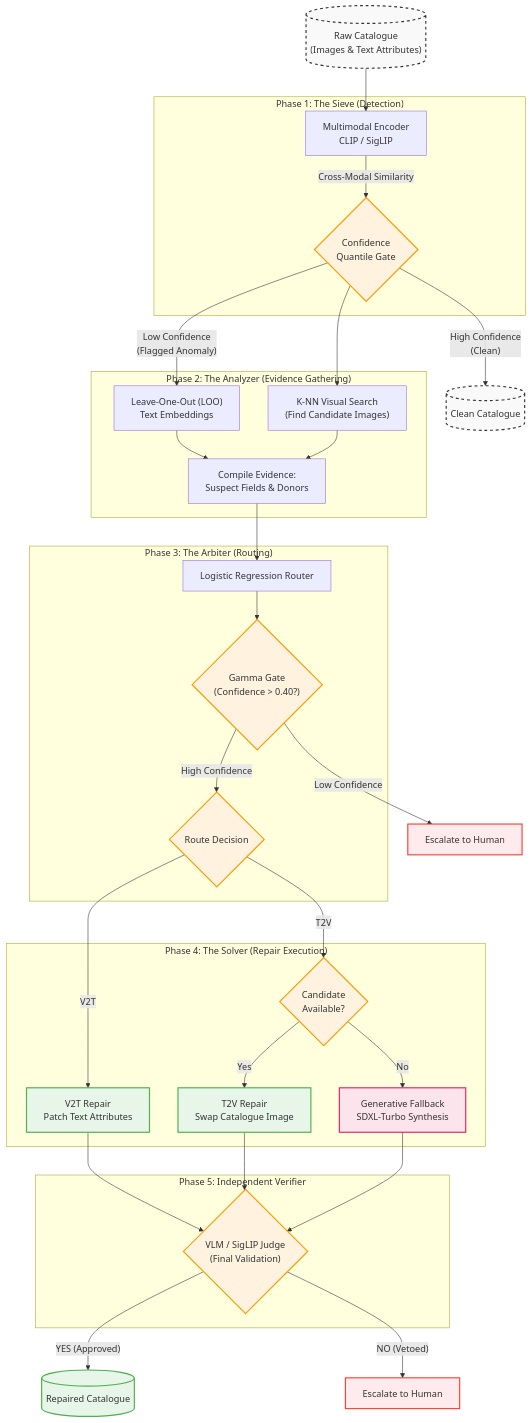
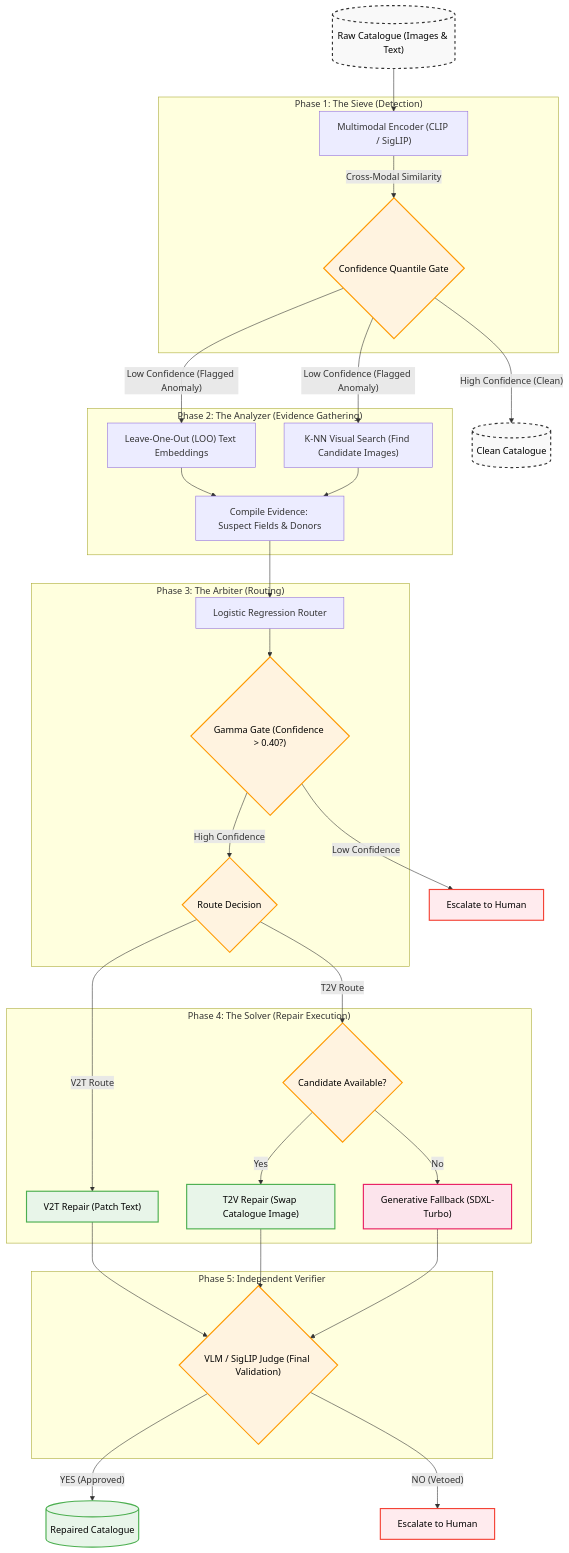
The diagram in README.md (abdullah2142/TIGeR-Text-Image-Generative-Repair), drawn with Mermaid before and after one commit. The commit also changed other lines of this file and 1 other file, not shown here.

Commit message:
Remove outdated references to tests

````diff
--- a/README.md
+++ b/README.md
@@ -21,82 +21,82 @@
 ```mermaid
 flowchart TD
     %% Styling
-    classDef input fill:#f9f9f9,stroke:#333,stroke-width:2px,stroke-dasharray: 5 5
-    classDef phase fill:#e1f5fe,stroke:#03a9f4,stroke-width:2px
-    classDef gate fill:#fff3e0,stroke:#ff9800,stroke-width:2px
-    classDef action fill:#e8f5e9,stroke:#4caf50,stroke-width:2px
-    classDef fallback fill:#fce4ec,stroke:#e91e63,stroke-width:2px
-    classDef human fill:#ffebee,stroke:#f44336,stroke-width:2px
+    classDef input fill:#f9f9f9,stroke:#333,stroke-width:2px,stroke-dasharray: 5 5,color:#000
+    classDef phase fill:#e1f5fe,stroke:#03a9f4,stroke-width:2px,color:#000
+    classDef gate fill:#fff3e0,stroke:#ff9800,stroke-width:2px,color:#000
+    classDef action fill:#e8f5e9,stroke:#4caf50,stroke-width:2px,color:#000
+    classDef fallback fill:#fce4ec,stroke:#e91e63,stroke-width:2px,color:#000
+    classDef human fill:#ffebee,stroke:#f44336,stroke-width:2px,color:#000
 
     %% Main Input
-    RawDB[("Raw Catalogue<br/>(Images & Text Attributes)")]:::input
+    RawDB[("Raw Catalogue (Images & Text)")]:::input
 
     %% Phase 1
     subgraph Phase1 ["Phase 1: The Sieve (Detection)"]
-        Enc["Multimodal Encoder<br/>CLIP / SigLIP"]
-        QGate{"Confidence<br/>Quantile Gate"}:::gate
+        Enc["Multimodal Encoder (CLIP / SigLIP)"]
+        QGate{"Confidence Quantile Gate"}:::gate
     end
 
     %% Phase 2
     subgraph Phase2 ["Phase 2: The Analyzer (Evidence Gathering)"]
-        LOO["Leave-One-Out (LOO)<br/>Text Embeddings"]
-        KNN["K-NN Visual Search<br/>(Find Candidate Images)"]
-        Evid["Compile Evidence:<br/>Suspect Fields & Donors"]
+        LOO["Leave-One-Out (LOO) Text Embeddings"]
+        KNN["K-NN Visual Search (Find Candidate Images)"]
+        Evid["Compile Evidence: Suspect Fields & Donors"]
     end
 
     %% Phase 3
     subgraph Phase3 ["Phase 3: The Arbiter (Routing)"]
         LogReg["Logistic Regression Router"]
-        GammaGate{"Gamma Gate<br/>(Confidence > 0.40?)"}:::gate
+        GammaGate{"Gamma Gate (Confidence > 0.40?)"}:::gate
         RouteSplit{"Route Decision"}:::gate
     end
 
     %% Phase 4
     subgraph Phase4 ["Phase 4: The Solver (Repair Execution)"]
-        V2T["V2T Repair<br/>Patch Text Attributes"]:::action
-        PoolCheck{"Candidate<br/>Available?"}:::gate
-        T2V["T2V Repair<br/>Swap Catalogue Image"]:::action
-        GenFallback["Generative Fallback<br/>SDXL-Turbo Synthesis"]:::fallback
+        V2T["V2T Repair (Patch Text)"]:::action
+        PoolCheck{"Candidate Available?"}:::gate
+        T2V["T2V Repair (Swap Catalogue Image)"]:::action
+        GenFallback["Generative Fallback (SDXL-Turbo)"]:::fallback
     end
 
     %% Phase 5
     subgraph Phase5 ["Phase 5: Independent Verifier"]
-        Judge{"VLM / SigLIP Judge<br/>(Final Validation)"}:::gate
+        Judge{"VLM / SigLIP Judge (Final Validation)"}:::gate
     end
 
     %% External Outcomes
     CleanData[("Clean Catalogue")]:::input
     Esc1["Escalate to Human"]:::human
     Esc2["Escalate to Human"]:::human
     Commit[("Repaired Catalogue")]:::action
 
     %% Graph Connections
     RawDB --> Enc
     Enc -- "Cross-Modal Similarity" --> QGate
     
-    QGate -- "High Confidence<br/>(Clean)" --> CleanData
-    QGate -- "Low Confidence<br/>(Flagged Anomaly)" --> LOO
-    QGate --> KNN
+    QGate -- "High Confidence (Clean)" --> CleanData
+    QGate -- "Low Confidence (Flagged Anomaly)" --> LOO
+    QGate -- "Low Confidence (Flagged Anomaly)" --> KNN
 
     LOO --> Evid
     KNN --> Evid
     
     Evid --> LogReg
     LogReg --> GammaGate
 
     GammaGate -- "Low Confidence" --> Esc1
     GammaGate -- "High Confidence" --> RouteSplit
 
-    RouteSplit -- "V2T" --> V2T
-    RouteSplit -- "T2V" --> PoolCheck
+    RouteSplit -- "V2T Route" --> V2T
+    RouteSplit -- "T2V Route" --> PoolCheck
     
     PoolCheck -- "Yes" --> T2V
     PoolCheck -- "No" --> GenFallback
 
     V2T --> Judge
     T2V --> Judge
     GenFallback --> Judge
 
     Judge -- "YES (Approved)" --> Commit
     Judge -- "NO (Vetoed)" --> Esc2
 ```
````
